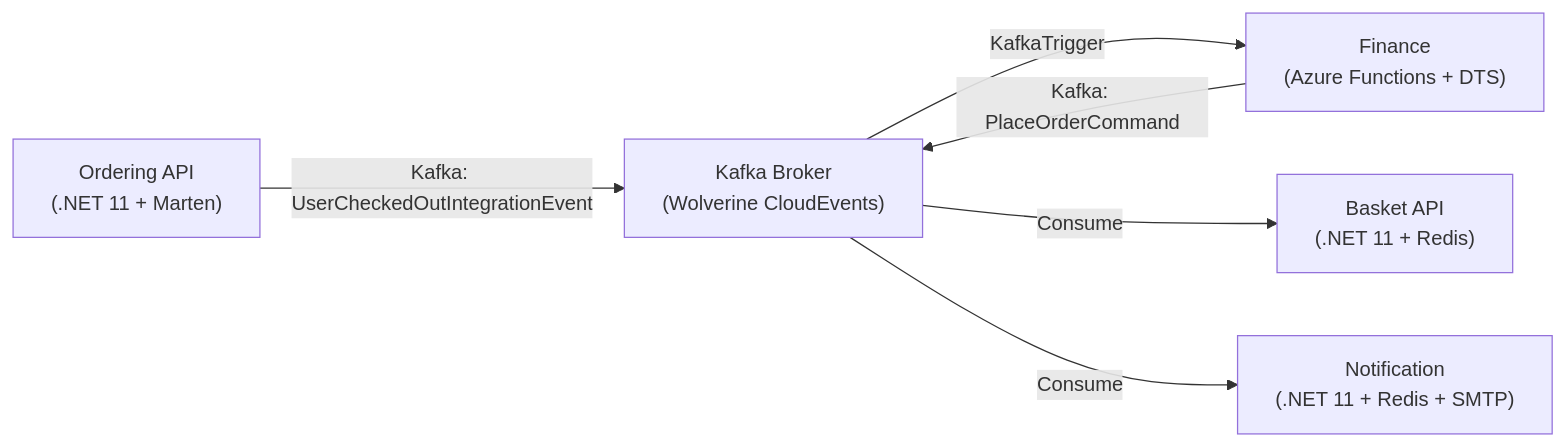
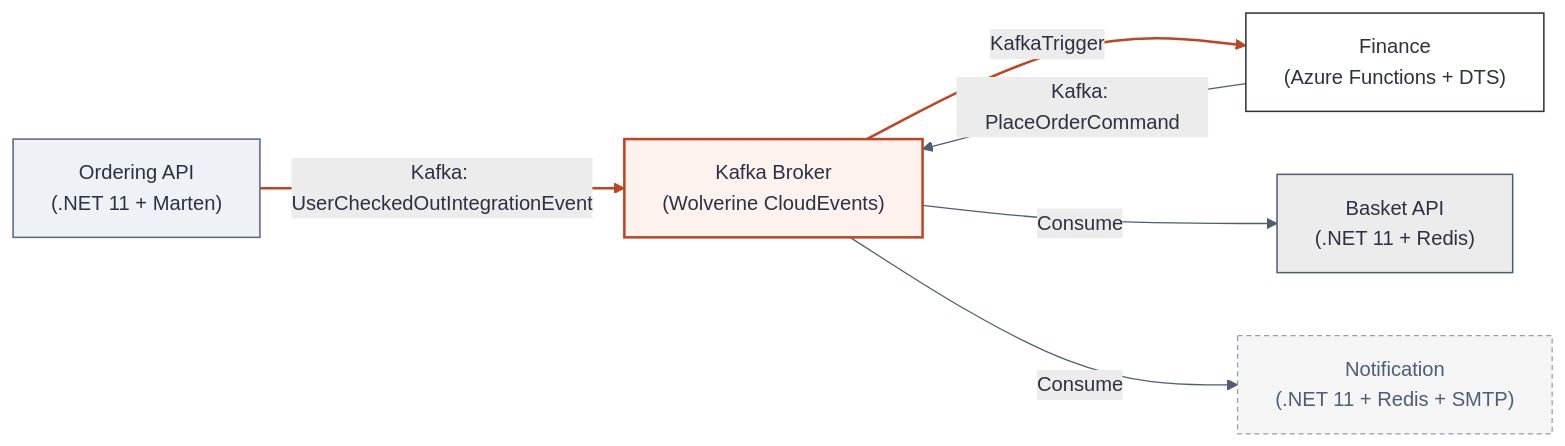
The diagram in docs/docs/operational/mermaids/003-incident-response-and-runbooks-diagram-1.mmd (foxminchan/BookWorm), drawn with Mermaid before and after one commit. The commit also changed 191 other files, not shown here.

Commit message:
docs: update architecture diagrams and documentation

```diff
--- a/docs/docs/operational/mermaids/003-incident-response-and-runbooks-diagram-1.mmd
+++ b/docs/docs/operational/mermaids/003-incident-response-and-runbooks-diagram-1.mmd
@@ -1,12 +1,26 @@
+%%{init: {'theme': 'base', 'themeVariables': {'background': '#f5f5f5', 'primaryColor': '#ffffff', 'primaryTextColor': '#2d3142', 'primaryBorderColor': '#2d3142', 'secondaryColor': '#ececec', 'secondaryBorderColor': '#4f5d75', 'tertiaryColor': '#fdf2ee', 'tertiaryBorderColor': '#bf4520', 'lineColor': '#4f5d75', 'textColor': '#2d3142', 'clusterBkg': '#f8f9fa', 'clusterBorder': '#bfc0c0', 'fontFamily': 'Geist, system-ui, sans-serif'}}}%%
 flowchart LR
 	ordering["Ordering API\n(.NET 11 + Marten)"]
 	kafka["Kafka Broker\n(Wolverine CloudEvents)"]
 	finance["Finance\n(Azure Functions + DTS)"]
 	basket["Basket API\n(.NET 11 + Redis)"]
 	notification["Notification\n(.NET 11 + Redis + SMTP)"]
 
 	ordering --> |"Kafka: UserCheckedOutIntegrationEvent"| kafka
 	kafka -->|"KafkaTrigger"| finance
 	finance --> |"Kafka: PlaceOrderCommand"| kafka
 	kafka -->|"Consume"| basket
 	kafka -->|"Consume"| notification
+
+	classDef focal fill:#fdf2ee,stroke:#bf4520,stroke-width:2px,color:#2d3142
+	classDef service fill:#ffffff,stroke:#2d3142,stroke-width:1.2px,color:#2d3142
+	classDef store fill:#ececec,stroke:#4f5d75,stroke-width:1.2px,color:#2d3142
+	classDef input fill:#eef1f6,stroke:#5a6580,stroke-width:1.2px,color:#2d3142
+	classDef ext fill:#f5f5f5,stroke:#949eb2,stroke-width:1px,stroke-dasharray:4 3,color:#4f5d75
+	class kafka focal
+	class finance service
+	class basket store
+	class ordering input
+	class notification ext
+	linkStyle 0 stroke:#bf4520,stroke-width:2px
+	linkStyle 1 stroke:#bf4520,stroke-width:2px
```
